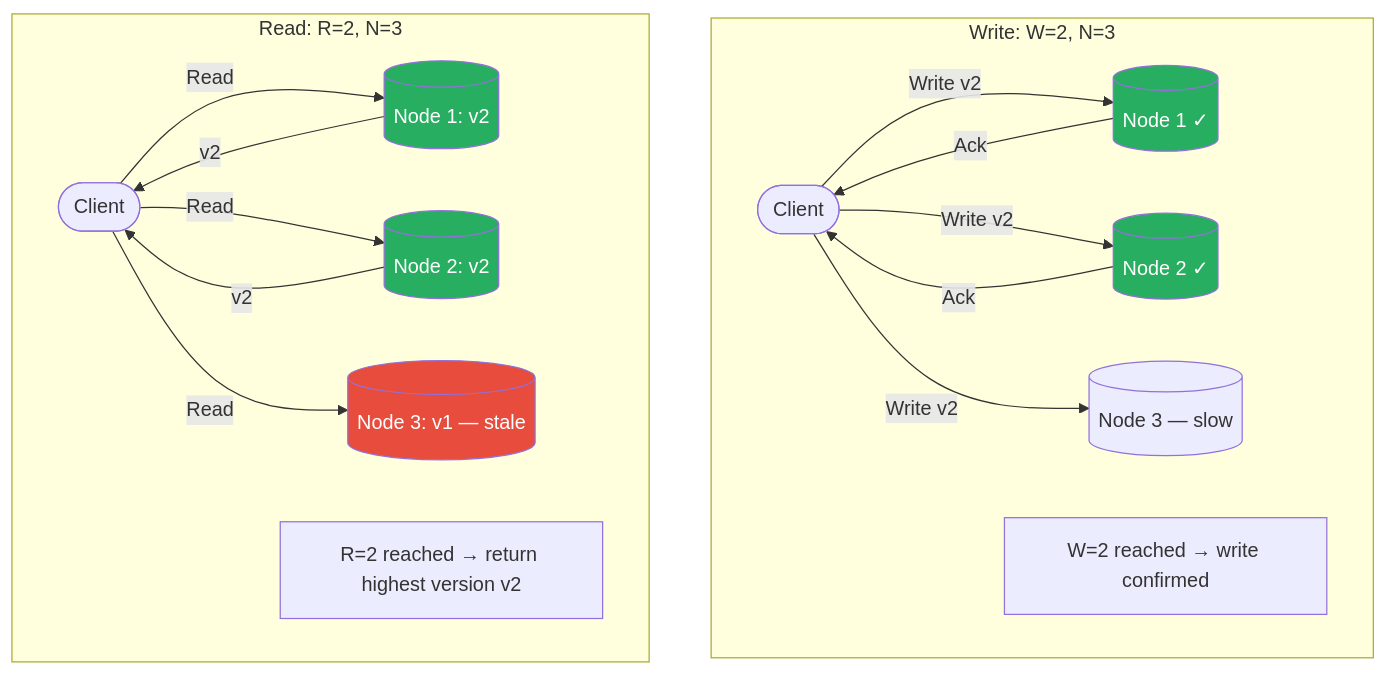
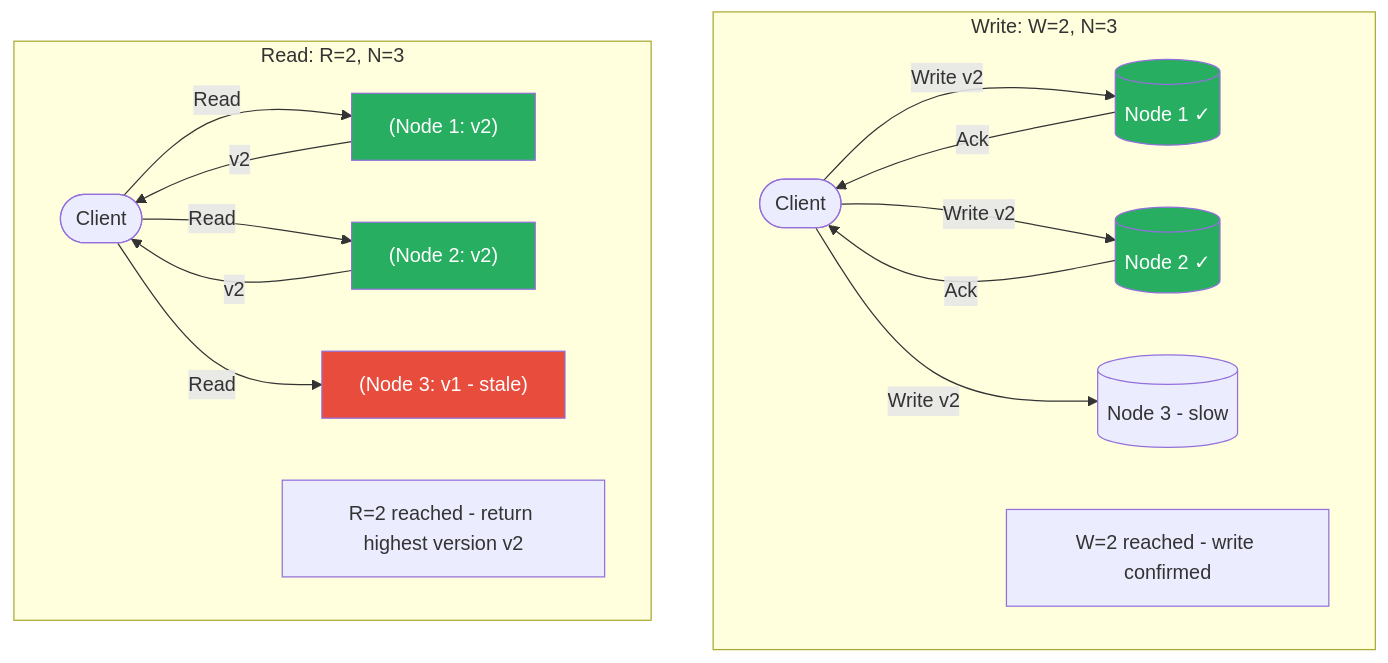
Before and after one commit to bachdx2812/dev-learning-hub: the sixth of 7 diagrams in system-design/part-3-architecture-patterns/ch15-data-replication-consistency.md, drawn with Mermaid. The commit also changed 11 other files, not shown here.

First line of the commit message:
fix: resolve Mermaid rendering issues and broken links

````diff
--- a/system-design/part-3-architecture-patterns/ch15-data-replication-consistency.md
+++ b/system-design/part-3-architecture-patterns/ch15-data-replication-consistency.md
@@ -248,28 +248,28 @@
 ```mermaid
 graph TD
     Client([Client])
 
     subgraph "Write: W=2, N=3"
         Client -->|Write v2| Node1W[(Node 1 ✓)]
         Client -->|Write v2| Node2W[(Node 2 ✓)]
-        Client -->|Write v2| Node3W[(Node 3 — slow)]
+        Client -->|Write v2| Node3W[(Node 3 - slow)]
         Node1W -->|Ack| Client
         Node2W -->|Ack| Client
-        Note1[W=2 reached → write confirmed]
+        Note1["W=2 reached - write confirmed"]
     end
 
     subgraph "Read: R=2, N=3"
-        Client2([Client]) -->|Read| Node1R[(Node 1: v2)]
-        Client2 -->|Read| Node2R[(Node 2: v2)]
-        Client2 -->|Read| Node3R[(Node 3: v1 — stale)]
+        Client2([Client]) -->|Read| Node1R["(Node 1: v2)"]
+        Client2 -->|Read| Node2R["(Node 2: v2)"]
+        Client2 -->|Read| Node3R["(Node 3: v1 - stale)"]
         Node1R -->|v2| Client2
         Node2R -->|v2| Client2
-        Note2[R=2 reached → return highest version v2]
+        Note2["R=2 reached - return highest version v2"]
     end
 
     style Node1W fill:#27ae60,color:#fff
     style Node2W fill:#27ae60,color:#fff
     style Node1R fill:#27ae60,color:#fff
     style Node2R fill:#27ae60,color:#fff
     style Node3R fill:#e74c3c,color:#fff
 ```
````
